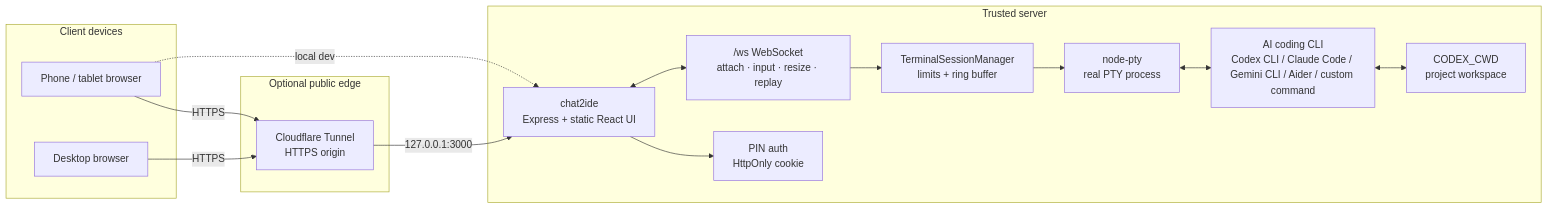
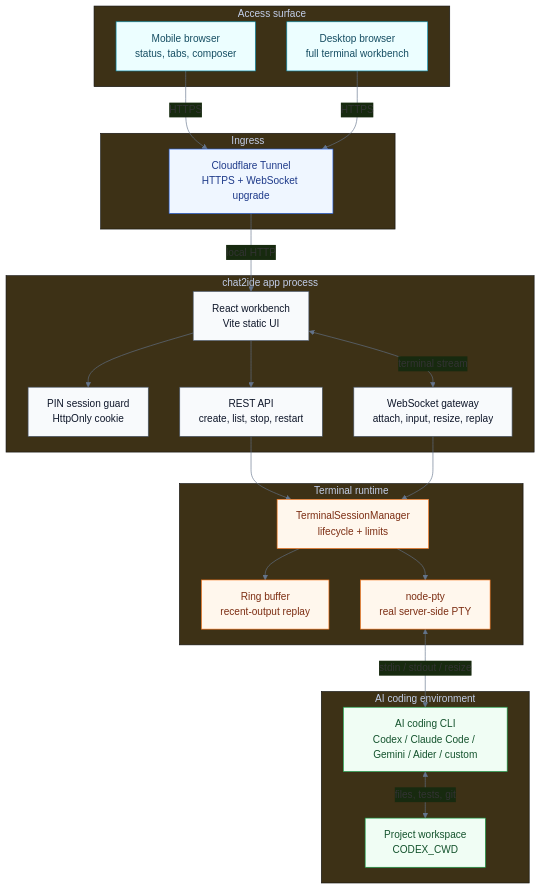
Before and after one commit to oceanusXXD/chat2ide: the first of 2 diagrams in README.en.md, drawn with Mermaid. The commit also changed other lines of this file and 3 other files, not shown here.

Commit message:
Polish README diagrams and sanitize preview

````diff
--- a/README.en.md
+++ b/README.en.md
@@ -54,32 +54,54 @@
 ```mermaid
-flowchart LR
-  subgraph Client["Client devices"]
-    Phone["Phone / tablet browser"]
-    Desktop["Desktop browser"]
+%%{init: {"theme": "base", "themeVariables": {"fontFamily": "Inter, ui-sans-serif, system-ui", "primaryColor": "#0f172a", "lineColor": "#64748b"}}}%%
+flowchart TB
+  subgraph Surface["Access surface"]
+    Mobile["Mobile browser<br/>status, tabs, composer"]
+    Desktop["Desktop browser<br/>full terminal workbench"]
   end
 
-  subgraph Edge["Optional public edge"]
-    CF["Cloudflare Tunnel<br/>HTTPS origin"]
+  subgraph Ingress["Ingress"]
+    Tunnel["Cloudflare Tunnel<br/>HTTPS + WebSocket upgrade"]
   end
 
-  subgraph Server["Trusted server"]
-    App["chat2ide<br/>Express + static React UI"]
-    Auth["PIN auth<br/>HttpOnly cookie"]
-    WS["/ws WebSocket<br/>attach · input · resize · replay"]
-    Manager["TerminalSessionManager<br/>limits + ring buffer"]
-    PTY["node-pty<br/>real PTY process"]
-    Agent["AI coding CLI<br/>Codex CLI / Claude Code / Gemini CLI / Aider / custom command"]
-    Project["CODEX_CWD<br/>project workspace"]
+  subgraph App["chat2ide app process"]
+    UI["React workbench<br/>Vite static UI"]
+    Auth["PIN session guard<br/>HttpOnly cookie"]
+    API["REST API<br/>create, list, stop, restart"]
+    WSGW["WebSocket gateway<br/>attach, input, resize, replay"]
   end
 
-  Phone -->|HTTPS| CF
-  Desktop -->|HTTPS| CF
-  CF -->|127.0.0.1:3000| App
-  Phone -. local dev .-> App
-  App --> Auth
-  App <--> WS
-  WS --> Manager
+  subgraph Runtime["Terminal runtime"]
+    Manager["TerminalSessionManager<br/>lifecycle + limits"]
+    Buffer["Ring buffer<br/>recent-output replay"]
+    PTY["node-pty<br/>real server-side PTY"]
+  end
+
+  subgraph Coding["AI coding environment"]
+    CLI["AI coding CLI<br/>Codex / Claude Code / Gemini / Aider / custom"]
+    Repo["Project workspace<br/>CODEX_CWD"]
+  end
+
+  Mobile -->|HTTPS| Tunnel
+  Desktop -->|HTTPS| Tunnel
+  Tunnel -->|local HTTP| UI
+  UI --> Auth
+  UI --> API
+  UI <-->|terminal stream| WSGW
+  API --> Manager
+  WSGW --> Manager
+  Manager --> Buffer
   Manager --> PTY
-  PTY <--> Agent
-  Agent <--> Project
+  PTY <-->|stdin / stdout / resize| CLI
+  CLI <-->|files, tests, git| Repo
+
+  classDef surface fill:#ecfeff,stroke:#0891b2,color:#164e63
+  classDef ingress fill:#eff6ff,stroke:#2563eb,color:#1e3a8a
+  classDef app fill:#f8fafc,stroke:#475569,color:#0f172a
+  classDef runtime fill:#fff7ed,stroke:#f97316,color:#7c2d12
+  classDef coding fill:#f0fdf4,stroke:#16a34a,color:#14532d
+  class Mobile,Desktop surface
+  class Tunnel ingress
+  class UI,Auth,API,WSGW app
+  class Manager,Buffer,PTY runtime
+  class CLI,Repo coding
 ```
````
